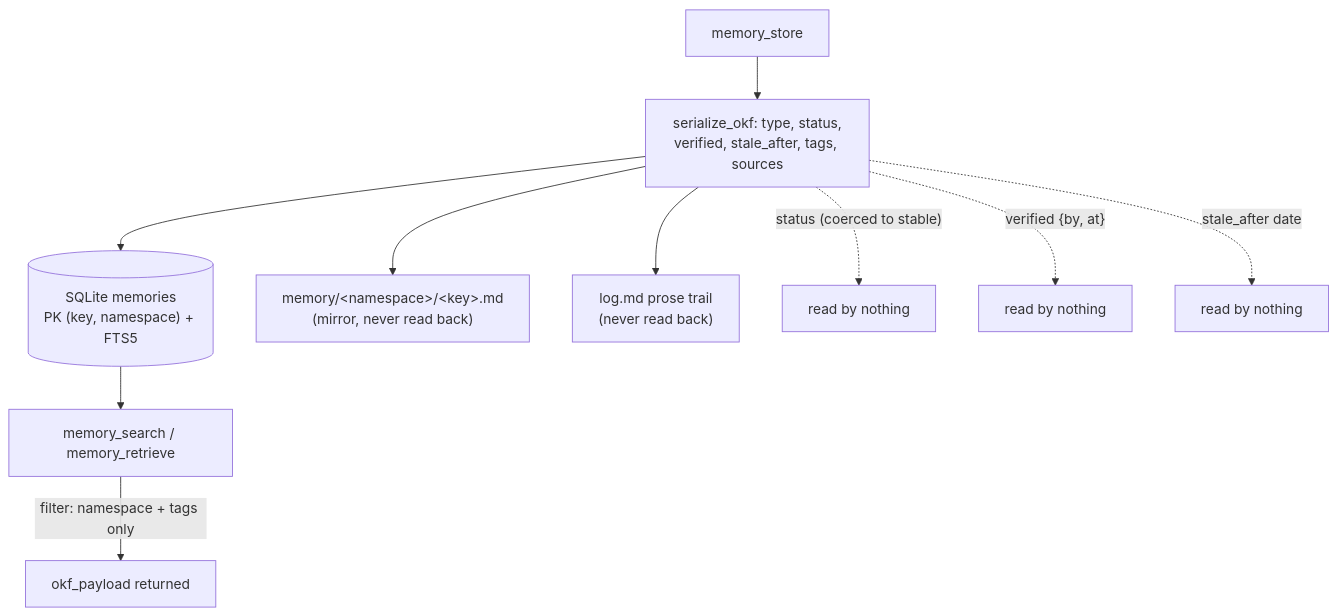
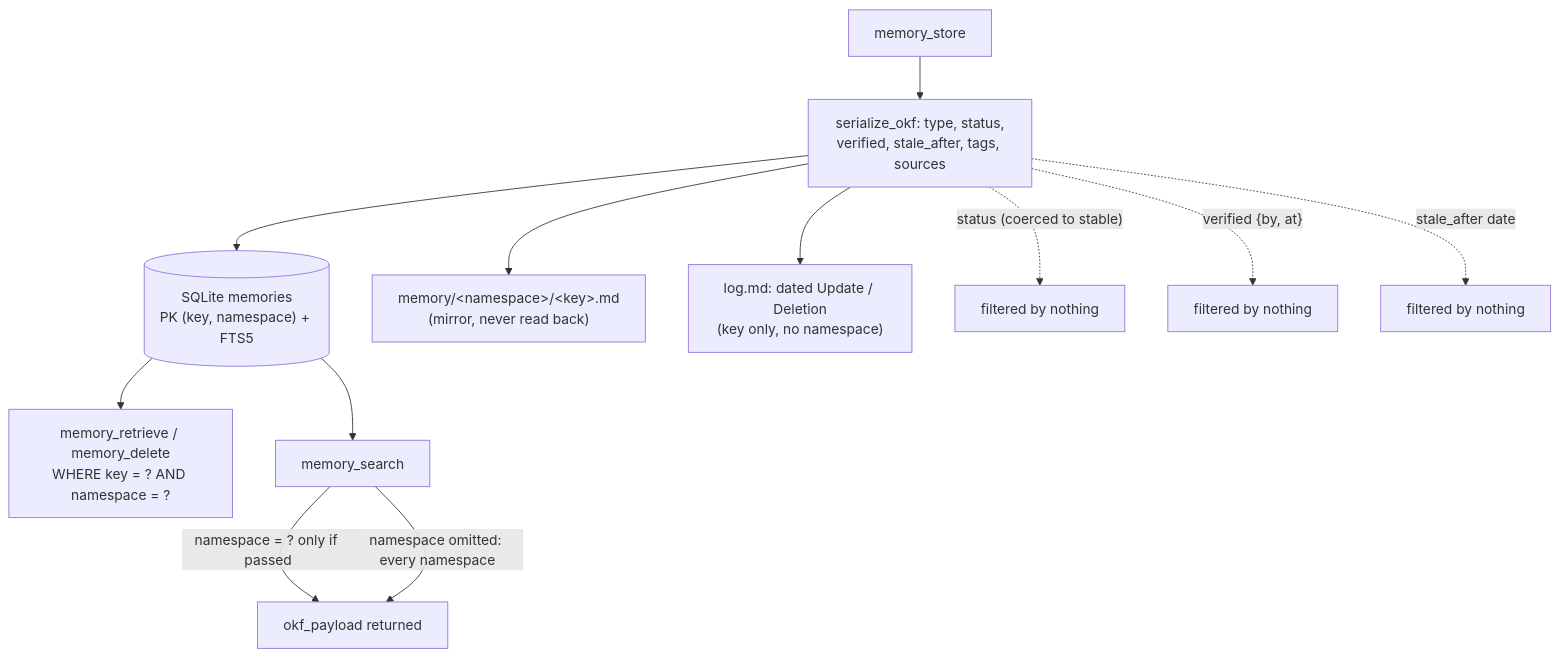
One commit to neoneye/agent-memory-atlas changed the diagram in content/systems/mcp-memory.md. Above: the diagram before and after it, drawn with Mermaid. The commit also changed other lines of this file and 16 other files, not shown here.

First line of the commit message:
Audit MCP-Memory at an unchanged pin: audit_log awarded, scope holds on narrower evidence

````diff
--- a/content/systems/mcp-memory.md
+++ b/content/systems/mcp-memory.md
@@ -104,13 +112,15 @@
 ```mermaid
-%% caption: OKF's trust and lifecycle fields are serialized into every record and mirrored to disk, but the search and retrieve paths consume only key, namespace, tags and payload — the status, verified and stale_after fields are written and never read
+%% caption: OKF's trust and lifecycle fields are serialized into every record and mirrored to disk, but no read path filters on status, verified or stale_after; the namespace predicate reaches search only when the caller passes one, and log.md gets a dated line per store and delete
 flowchart TB
     Store["memory_store"] --> Ser["serialize_okf: type, status,<br/>verified, stale_after, tags, sources"]
     Ser --> DB[("SQLite memories<br/>PK (key, namespace) + FTS5")]
     Ser --> MD["memory/&lt;namespace&gt;/&lt;key&gt;.md<br/>(mirror, never read back)"]
-    Ser --> Log["log.md prose trail<br/>(never read back)"]
-    DB --> Search["memory_search / memory_retrieve"]
-    Search -->|"filter: namespace + tags only"| Out["okf_payload returned"]
-    Ser -.->|"status (coerced to stable)"| Dead1["read by nothing"]
-    Ser -.->|"verified {by, at}"| Dead2["read by nothing"]
-    Ser -.->|"stale_after date"| Dead3["read by nothing"]
+    Ser --> Log["log.md: dated Update / Deletion<br/>(key only, no namespace)"]
+    DB --> Ret["memory_retrieve / memory_delete<br/>WHERE key = ? AND namespace = ?"]
+    DB --> Search["memory_search"]
+    Search -->|"namespace = ? only if passed"| Out["okf_payload returned"]
+    Search -->|"namespace omitted: every namespace"| Out
+    Ser -.->|"status (coerced to stable)"| Dead1["filtered by nothing"]
+    Ser -.->|"verified {by, at}"| Dead2["filtered by nothing"]
+    Ser -.->|"stale_after date"| Dead3["filtered by nothing"]
 ```
````
